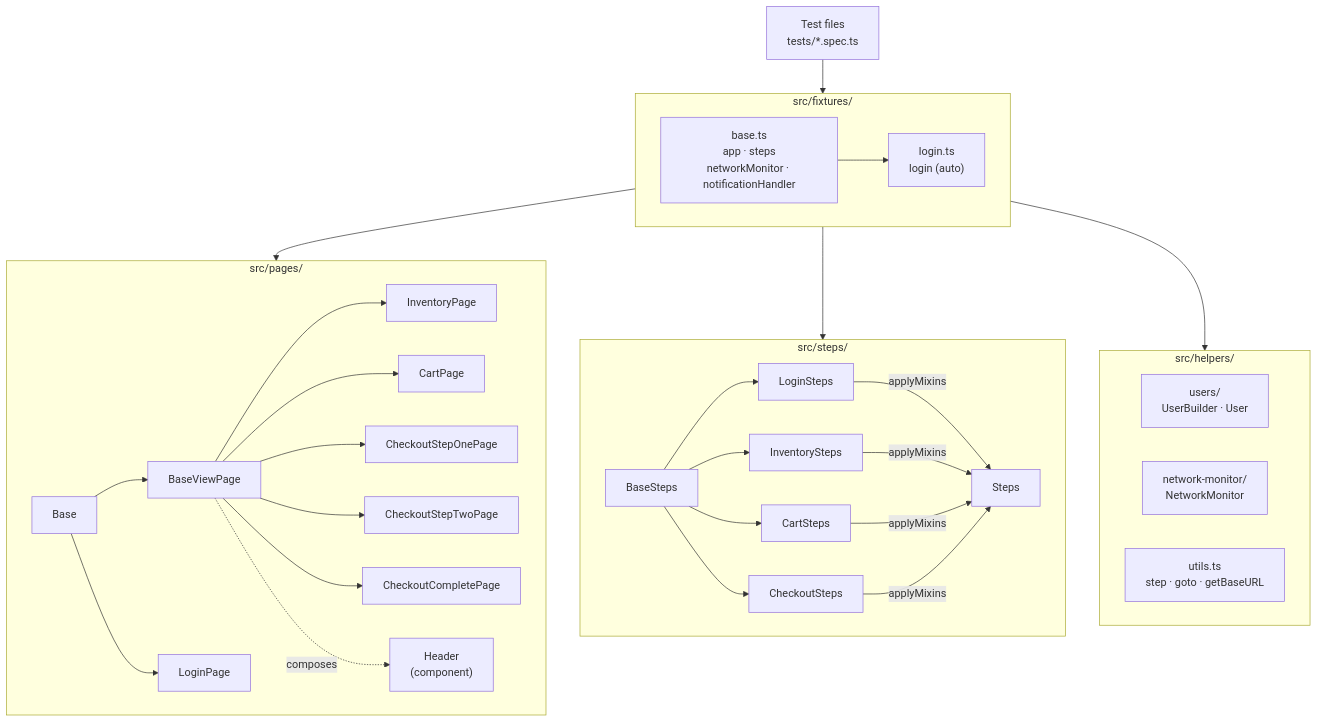
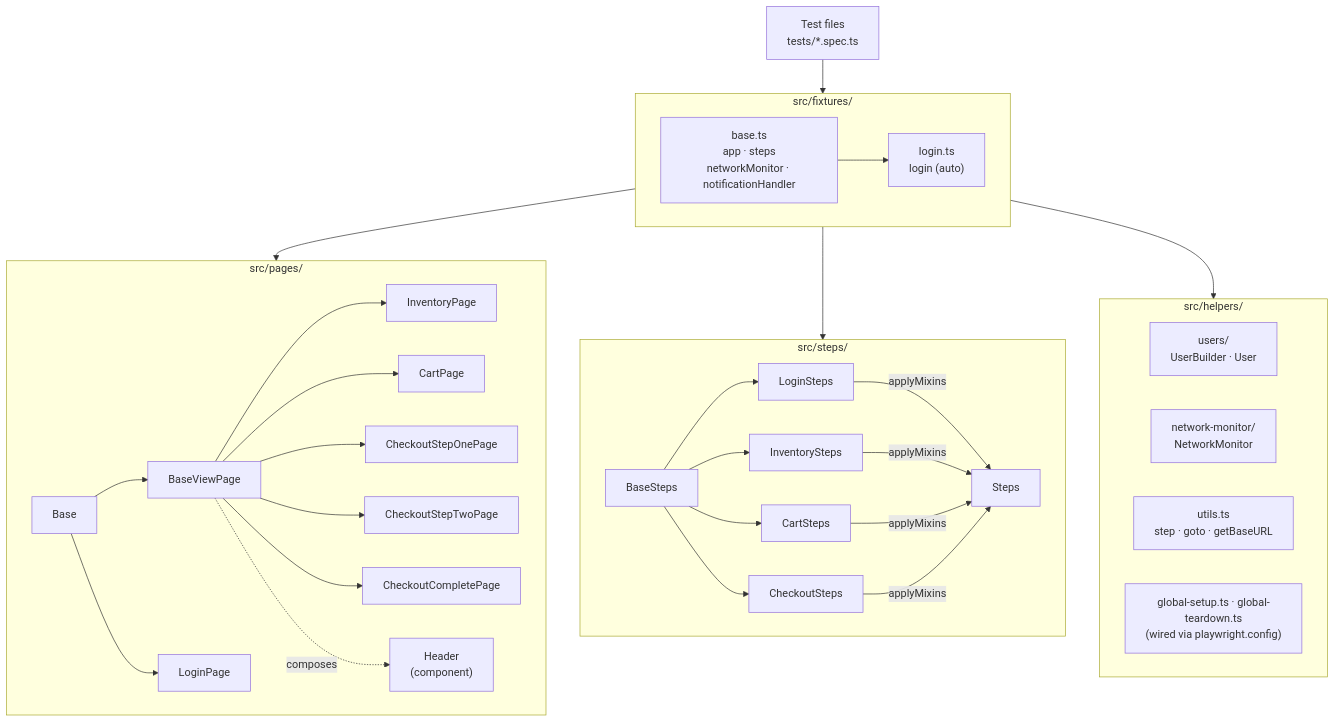
One commit to oleksiisedun/test-suite-showcase changed the diagram in README.md. Above: the diagram before and after it, drawn with Mermaid. The commit also changed other lines of this file and 5 other files, not shown here.

First line of the commit message:
Add global setup/teardown with fail-fast env validation

````diff
--- a/README.md
+++ b/README.md
@@ -58,32 +59,33 @@
 ```mermaid
 graph TD
   Tests["Test files\ntests/*.spec.ts"] --> Fixtures
 
   subgraph Fixtures["src/fixtures/"]
     BaseF["base.ts\napp · steps\nnetworkMonitor · notificationHandler"]
     LoginF["login.ts\nlogin (auto)"]
     BaseF --> LoginF
   end
 
   Fixtures --> Pages
   Fixtures --> StepsLayer
   Fixtures --> Helpers
 
   subgraph Pages["src/pages/"]
     Base --> BaseViewPage
     BaseViewPage --> InventoryPage & CartPage & CheckoutStepOnePage & CheckoutStepTwoPage & CheckoutCompletePage
     Base --> LoginPage
     BaseViewPage -.->|composes| Header["Header\n(component)"]
   end
 
   subgraph StepsLayer["src/steps/"]
     BaseSteps --> LoginSteps & InventorySteps & CartSteps & CheckoutSteps
     LoginSteps & InventorySteps & CartSteps & CheckoutSteps -->|applyMixins| Steps
   end
 
   subgraph Helpers["src/helpers/"]
     Users["users/\nUserBuilder · User"]
     NM["network-monitor/\nNetworkMonitor"]
     Utils["utils.ts\nstep · goto · getBaseURL"]
+    GlobalHooks["global-setup.ts · global-teardown.ts\n(wired via playwright.config)"]
   end
 ```
````
